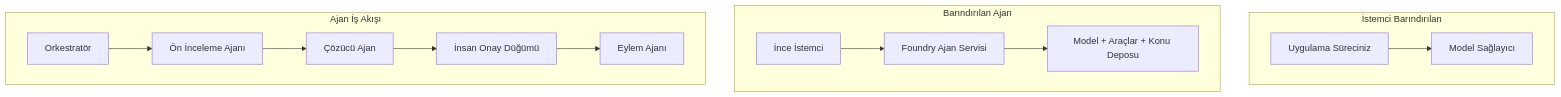
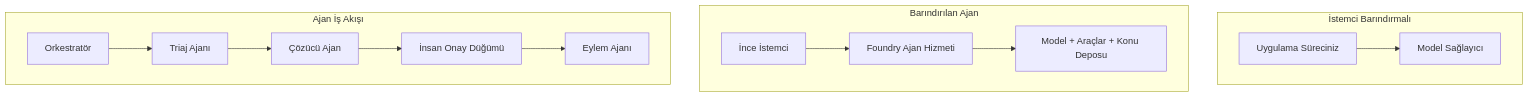
The first of 4 diagrams in translations/tr/16-deploying-scalable-agents/README.md (microsoft/ai-agents-for-beginners), drawn with Mermaid before and after one commit. The commit also changed other lines of this file and 47 other files, not shown here.

````diff
--- a/translations/tr/16-deploying-scalable-agents/README.md
+++ b/translations/tr/16-deploying-scalable-agents/README.md
@@ -87,16 +87,16 @@
 ```mermaid
 flowchart TB
-    subgraph P1[İstemci Barındırılan]
+    subgraph P1[İstemci Barındırmalı]
         A1[Uygulama Süreciniz] --> M1[Model Sağlayıcı]
     end
     subgraph P2[Barındırılan Ajan]
-        A2[İnce İstemci] --> F2[Foundry Ajan Servisi]
+        A2[İnce İstemci] --> F2[Foundry Ajan Hizmeti]
         F2 --> M2[Model + Araçlar + Konu Deposu]
     end
     subgraph P3[Ajan İş Akışı]
-        A3[Orkestratör] --> S1[Ön İnceleme Ajanı]
+        A3[Orkestratör] --> S1[Triaj Ajanı]
         S1 --> S2[Çözücü Ajan]
         S2 --> H[İnsan Onay Düğümü]
         H --> S3[Eylem Ajanı]
     end
 ```
````
